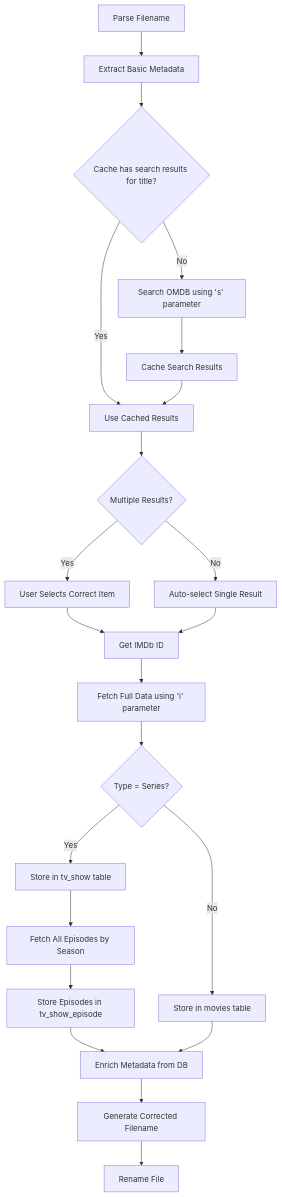
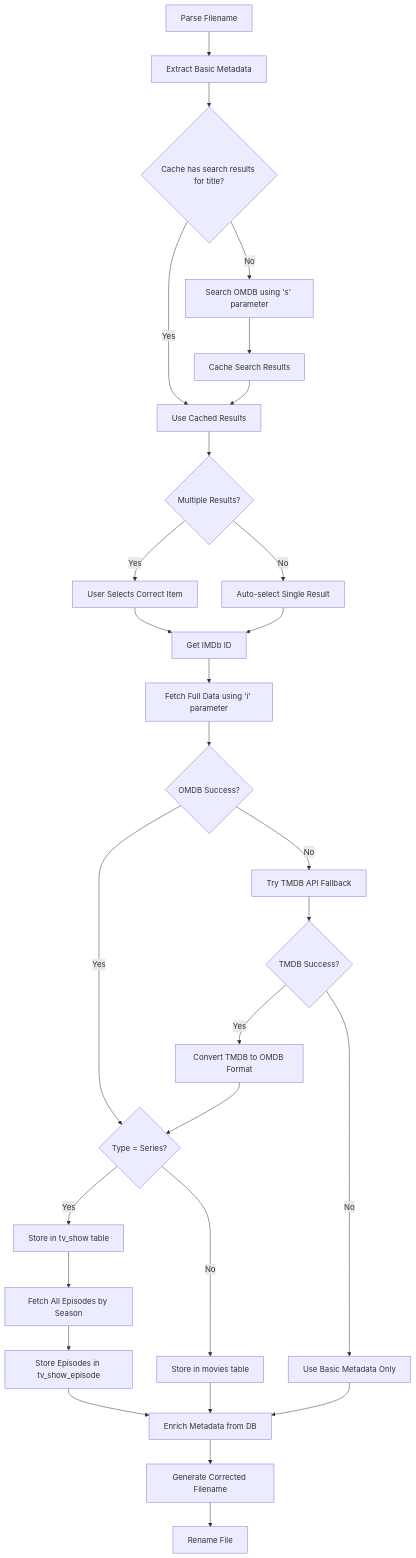
The second of 2 diagrams in ARCHITECTURE.md (andryluthfi/vorg), drawn with Mermaid before and after one commit. The commit also changed other lines of this file and 3 other files, not shown here.

````diff
--- a/ARCHITECTURE.md
+++ b/ARCHITECTURE.md
@@ -212,24 +240,31 @@
 ```mermaid
 graph TD
     A[Parse Filename] --> B[Extract Basic Metadata]
     B --> C{Cache has search results for title?}
     C -->|Yes| D[Use Cached Results]
     C -->|No| E[Search OMDB using 's' parameter]
     E --> F[Cache Search Results]
     F --> D
     D --> G{Multiple Results?}
     G -->|Yes| H[User Selects Correct Item]
     G -->|No| I[Auto-select Single Result]
     H --> J[Get IMDb ID]
     I --> J
     J --> K[Fetch Full Data using 'i' parameter]
-    K --> L{Type = Series?}
-    L -->|Yes| M[Store in tv_show table]
-    L -->|No| N[Store in movies table]
-    M --> O[Fetch All Episodes by Season]
-    O --> P[Store Episodes in tv_show_episode]
-    P --> Q[Enrich Metadata from DB]
-    N --> Q
-    Q --> R[Generate Corrected Filename]
-    R --> S[Rename File]
+    K --> L{OMDB Success?}
+    L -->|Yes| M{Type = Series?}
+    L -->|No| N[Try TMDB API Fallback]
+    N --> O{TMDB Success?}
+    O -->|Yes| P[Convert TMDB to OMDB Format]
+    O -->|No| Q[Use Basic Metadata Only]
+    P --> M
+    M -->|Yes| R[Store in tv_show table]
+    M -->|No| S[Store in movies table]
+    R --> T[Fetch All Episodes by Season]
+    T --> U[Store Episodes in tv_show_episode]
+    U --> V[Enrich Metadata from DB]
+    S --> V
+    Q --> V
+    V --> W[Generate Corrected Filename]
+    W --> X[Rename File]
 ```
````
